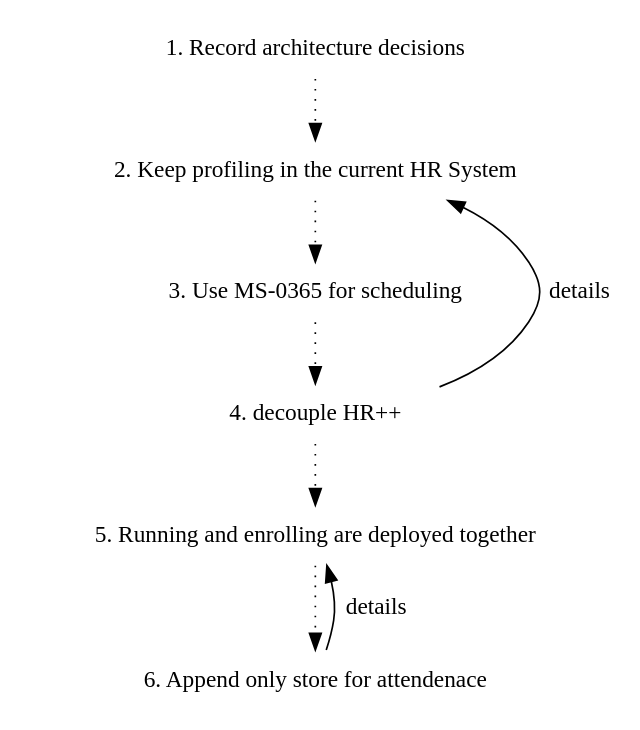
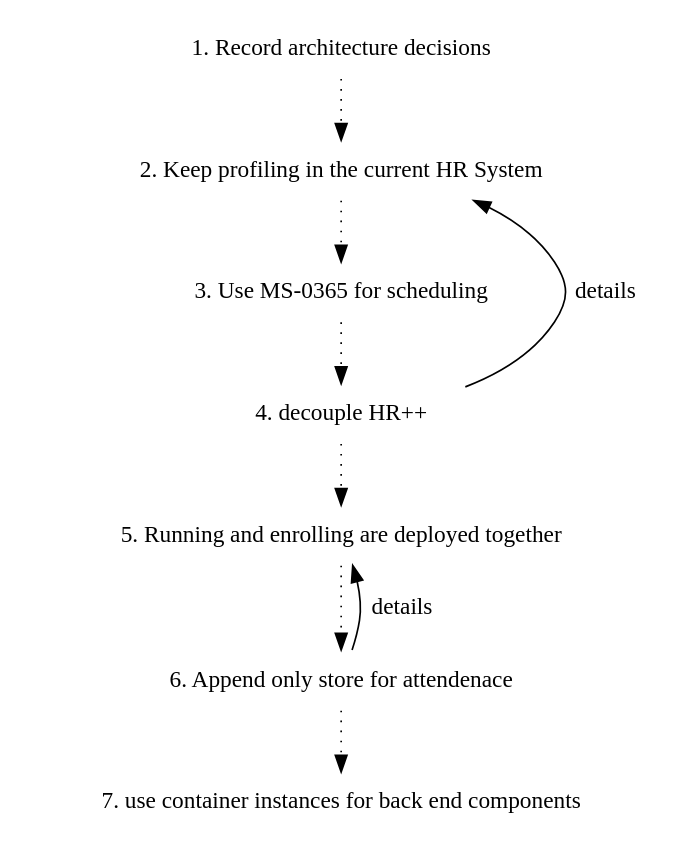
The diagram in doc/adr/index.dot (qwaneu/adr-spike), drawn with Graphviz before and after one commit. The commit also changed 1 other file, not shown here.

```diff
--- a/doc/adr/index.dot
+++ b/doc/adr/index.dot
@@ -1,18 +1,20 @@
 digraph {
   node [shape=plaintext];
   subgraph {
     _1 [label="1. Record architecture decisions"; URL="0001-record-architecture-decisions.html"];
     _2 [label="2. Keep profiling in the current HR System"; URL="0002-keep-profiling-in-the-current-hr-system.html"];
     _1 -> _2 [style="dotted", weight=1];
     _3 [label="3. Use MS-0365 for scheduling"; URL="0003-use-ms-0365-for-scheduling.html"];
     _2 -> _3 [style="dotted", weight=1];
     _4 [label="4. decouple HR++"; URL="0004-decouple-hr.html"];
     _3 -> _4 [style="dotted", weight=1];
     _5 [label="5. Running and enrolling are deployed together"; URL="0005-running-and-enrolling-are-deployed-together.html"];
     _4 -> _5 [style="dotted", weight=1];
     _6 [label="6. Append only store for attendenace"; URL="0006-append-only-store-for-attendenace.html"];
     _5 -> _6 [style="dotted", weight=1];
+    _7 [label="7. use container instances for back end components"; URL="0007-use-container-instances-for-back-end-components.html"];
+    _6 -> _7 [style="dotted", weight=1];
   }
   _4 -> _2 [label="details", weight=0]
   _6 -> _5 [label="details", weight=0]
 }
```
